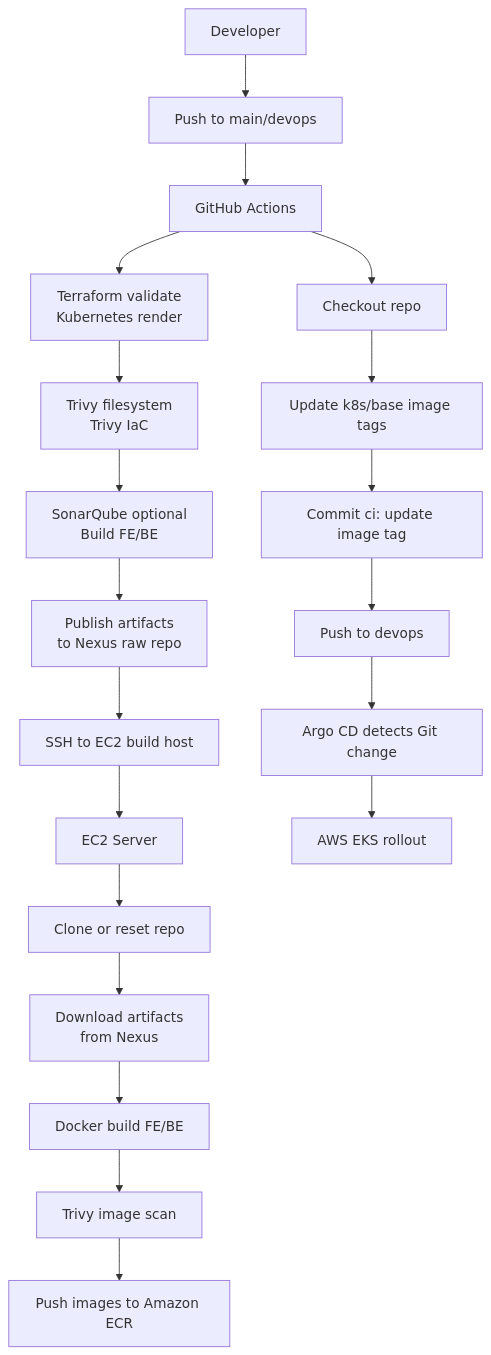
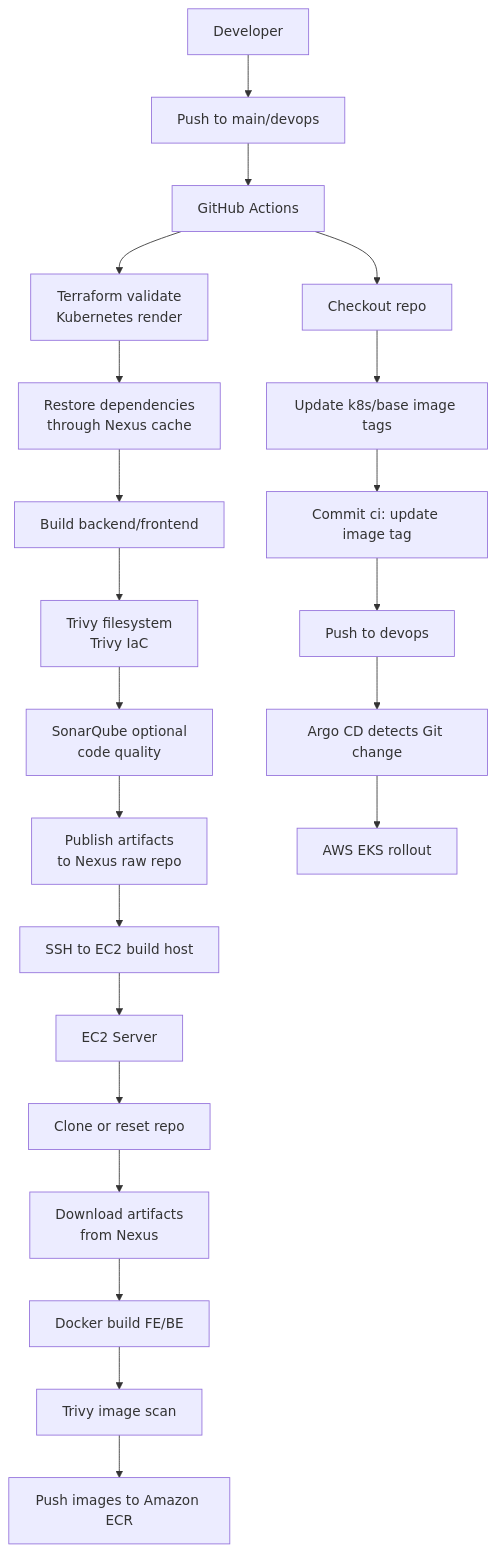
One commit to Kien-devops/eks-cicd-argocd-sec-monitor changed the first of 2 diagrams in .github/workflows/README.md. Above: the diagram before and after it, drawn with Mermaid. The commit also changed other lines of this file and 2 other files, not shown here.

Commit message:
ci: restore dependencies through nexus cache

````diff
--- a/.github/workflows/README.md
+++ b/.github/workflows/README.md
@@ -20,22 +20,24 @@
 ```mermaid
 flowchart TB
   dev[Developer] --> push[Push to main/devops]
   push --> gha[GitHub Actions]
   gha --> iac[Terraform validate<br/>Kubernetes render]
-  iac --> trivy[Trivy filesystem<br/>Trivy IaC]
-  trivy --> sonar[SonarQube optional<br/>Build FE/BE]
+  iac --> restore[Restore dependencies<br/>through Nexus cache]
+  restore --> build[Build backend/frontend]
+  build --> trivy[Trivy filesystem<br/>Trivy IaC]
+  trivy --> sonar[SonarQube optional<br/>code quality]
   sonar --> nexus[Publish artifacts<br/>to Nexus raw repo]
   nexus --> ssh[SSH to EC2 build host]
   ssh --> ec2[EC2 Server]
   ec2 --> clone[Clone or reset repo]
   clone --> pull[Download artifacts<br/>from Nexus]
   pull --> docker[Docker build FE/BE]
   docker --> imgscan[Trivy image scan]
   imgscan --> ecr[Push images to Amazon ECR]
   gha --> checkout[Checkout repo]
   checkout --> update[Update k8s/base image tags]
   update --> commit[Commit ci: update image tag]
   commit --> git[Push to devops]
   git --> argocd[Argo CD detects Git change]
   argocd --> eks[AWS EKS rollout]
 ```
````
